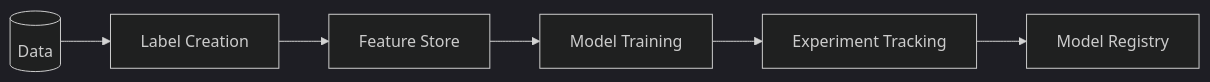
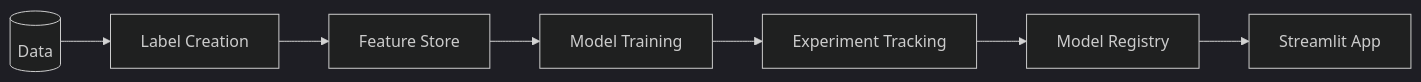
Before and after one commit to sfc-gh-kenokizono/mlops_snowflake_handson: the diagram in README.md, drawn with Mermaid (dark theme). The commit also changed other lines of this file and 3 other files, not shown here.

````diff
--- a/README.md
+++ b/README.md
@@ -74,4 +75,4 @@
 ```mermaid
 flowchart LR
-    A[(Data)] --> B[Label Creation] --> C[Feature Store] --> D[Model Training] --> E[Experiment Tracking] --> F[Model Registry]
+    A[(Data)] --> B[Label Creation] --> C[Feature Store] --> D[Model Training] --> E[Experiment Tracking] --> F[Model Registry] --> G[Streamlit App]
 ```
````
